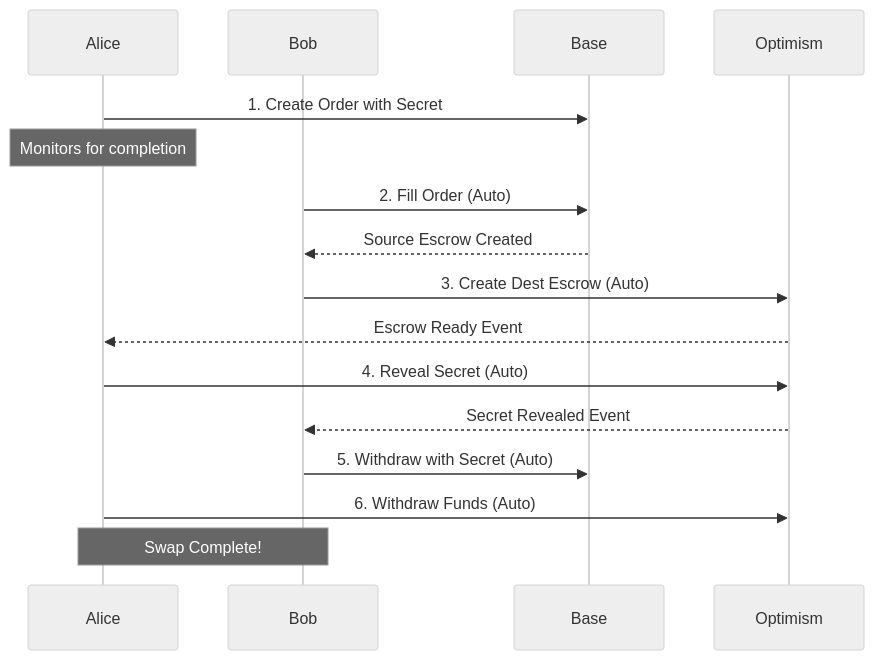
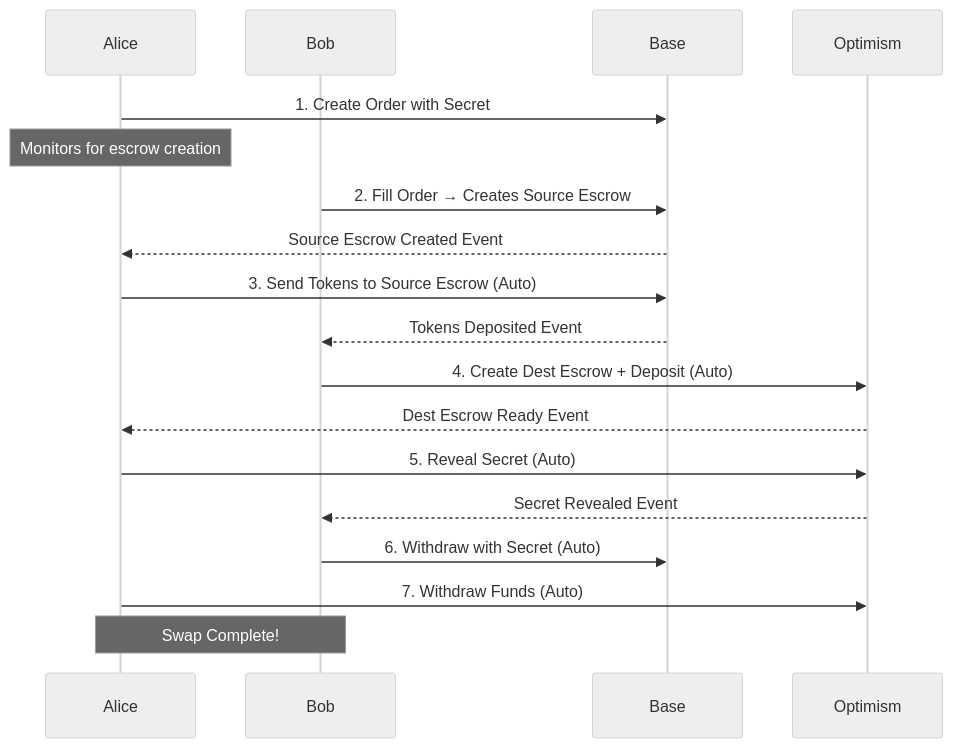
The diagram in ATOMIC_SWAP_AUTOMATION_PLAN.md (devdotbo/bmn-evm-resolver), drawn with Mermaid (neutral theme) before and after one commit. The commit also changed other lines of this file, not shown here.

First line of the commit message:
docs: fix atomic swap flow - add Alice's token deposit step

````diff
--- a/ATOMIC_SWAP_AUTOMATION_PLAN.md
+++ b/ATOMIC_SWAP_AUTOMATION_PLAN.md
@@ -24,24 +24,27 @@
 ```mermaid
 sequenceDiagram
     participant Alice
     participant Bob
     participant Base
     participant Optimism
     
     Alice->>Base: 1. Create Order with Secret
-    Note over Alice: Monitors for completion
+    Note over Alice: Monitors for escrow creation
     
-    Bob->>Base: 2. Fill Order (Auto)
-    Base-->>Bob: Source Escrow Created
+    Bob->>Base: 2. Fill Order → Creates Source Escrow
+    Base-->>Alice: Source Escrow Created Event
     
-    Bob->>Optimism: 3. Create Dest Escrow (Auto)
-    Optimism-->>Alice: Escrow Ready Event
+    Alice->>Base: 3. Send Tokens to Source Escrow (Auto)
+    Base-->>Bob: Tokens Deposited Event
     
-    Alice->>Optimism: 4. Reveal Secret (Auto)
+    Bob->>Optimism: 4. Create Dest Escrow + Deposit (Auto)
+    Optimism-->>Alice: Dest Escrow Ready Event
+    
+    Alice->>Optimism: 5. Reveal Secret (Auto)
     Optimism-->>Bob: Secret Revealed Event
     
-    Bob->>Base: 5. Withdraw with Secret (Auto)
-    Alice->>Optimism: 6. Withdraw Funds (Auto)
+    Bob->>Base: 6. Withdraw with Secret (Auto)
+    Alice->>Optimism: 7. Withdraw Funds (Auto)
     
     Note over Alice,Bob: Swap Complete!
 ```
````
